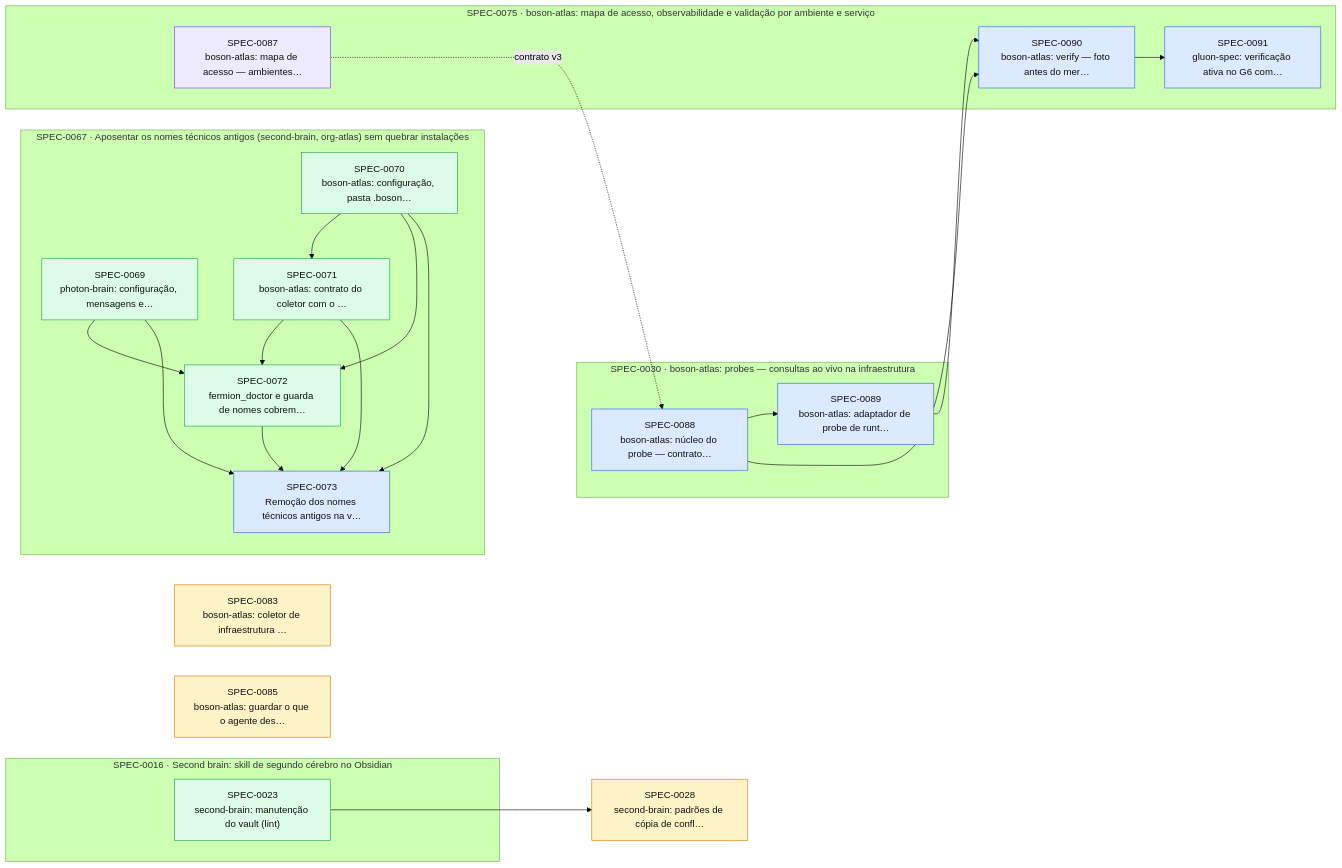
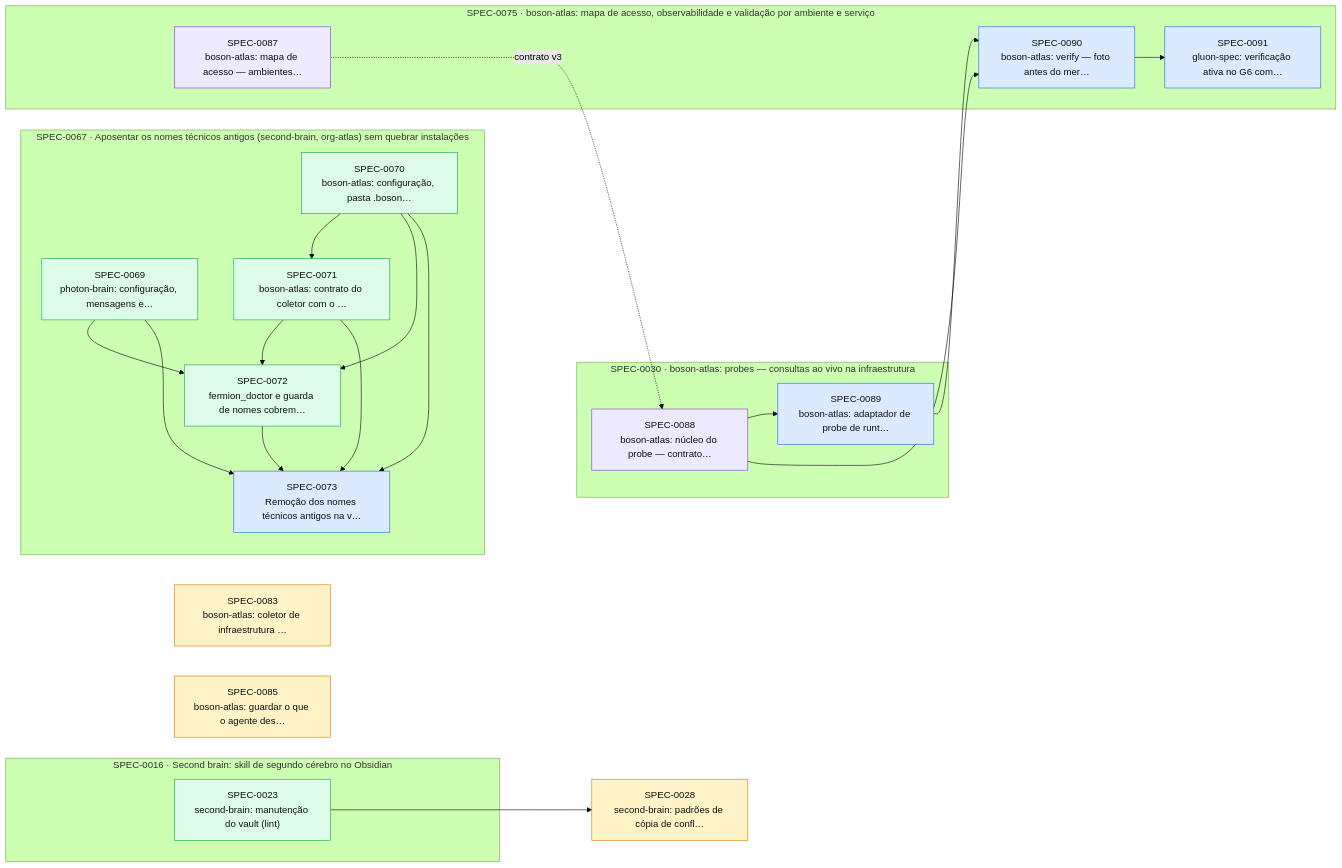
Before and after one commit to thomasravache/ai-dev-brain: the diagram in docs/specs/INDEX.md, drawn with Mermaid (forest theme). The commit also changed other lines of this file and 1 other file, not shown here.

First line of the commit message:
docs(specs): planeja a implementação da SPEC-0088

````diff
--- a/docs/specs/INDEX.md
+++ b/docs/specs/INDEX.md
@@ -68,44 +68,44 @@
 ```mermaid
 flowchart LR
   S0028["SPEC-0028<br/>second-brain: padrões de cópia de confl…"]:::proposed
   S0083["SPEC-0083<br/>boson-atlas: coletor de infraestrutura …"]:::proposed
   S0085["SPEC-0085<br/>boson-atlas: guardar o que o agente des…"]:::proposed
   subgraph E0016["SPEC-0016 · Second brain: skill de segundo cérebro no Obsidian"]
     S0023["SPEC-0023<br/>second-brain: manutenção do vault (lint)"]:::implemented
   end
   subgraph E0030["SPEC-0030 · boson-atlas: probes — consultas ao vivo na infraestrutura"]
-    S0088["SPEC-0088<br/>boson-atlas: núcleo do probe — contrato…"]:::approved
+    S0088["SPEC-0088<br/>boson-atlas: núcleo do probe — contrato…"]:::inprogress
     S0089["SPEC-0089<br/>boson-atlas: adaptador de probe de runt…"]:::approved
   end
   subgraph E0067["SPEC-0067 · Aposentar os nomes técnicos antigos (second-brain, org-atlas) sem quebrar instalações"]
     S0069["SPEC-0069<br/>photon-brain: configuração, mensagens e…"]:::implemented
     S0070["SPEC-0070<br/>boson-atlas: configuração, pasta .boson…"]:::implemented
     S0071["SPEC-0071<br/>boson-atlas: contrato do coletor com o …"]:::implemented
     S0072["SPEC-0072<br/>fermion_doctor e guarda de nomes cobrem…"]:::implemented
     S0073["SPEC-0073<br/>Remoção dos nomes técnicos antigos na v…"]:::approved
   end
   subgraph E0075["SPEC-0075 · boson-atlas: mapa de acesso, observabilidade e validação por ambiente e serviço"]
     S0087["SPEC-0087<br/>boson-atlas: mapa de acesso — ambientes…"]:::inprogress
     S0090["SPEC-0090<br/>boson-atlas: verify — foto antes do mer…"]:::approved
     S0091["SPEC-0091<br/>gluon-spec: verificação ativa no G6 com…"]:::approved
   end
   S0023 --> S0028
   S0070 --> S0071
   S0069 --> S0072
   S0070 --> S0072
   S0071 --> S0072
   S0069 --> S0073
   S0070 --> S0073
   S0071 --> S0073
   S0072 --> S0073
   S0087 -. contrato v3 .-> S0088
   S0088 --> S0089
   S0088 --> S0090
   S0089 --> S0090
   S0090 --> S0091
   classDef proposed fill:#fef3c7,stroke:#d97706,color:#111
   classDef approved fill:#dbeafe,stroke:#2563eb,color:#111
   classDef inprogress fill:#ede9fe,stroke:#7c3aed,color:#111
   classDef implemented fill:#dcfce7,stroke:#16a34a,color:#111
   classDef deprecated fill:#f3f4f6,stroke:#9ca3af,color:#6b7280
 ```
````
